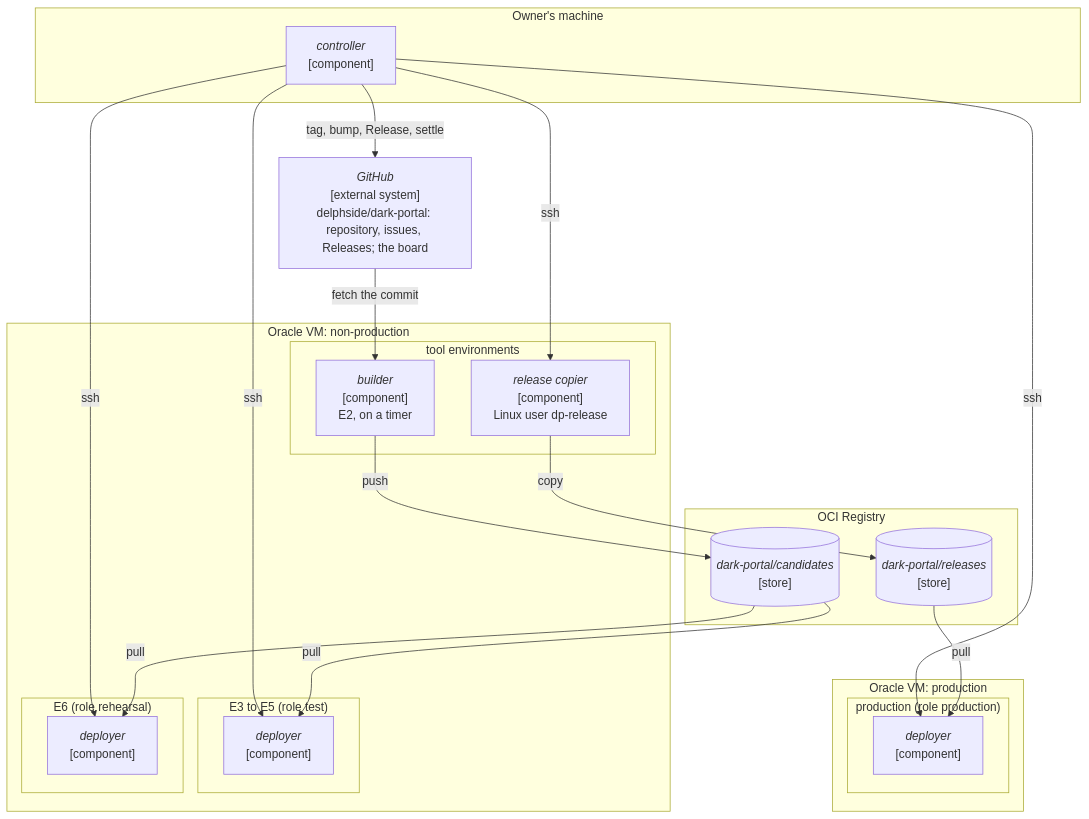
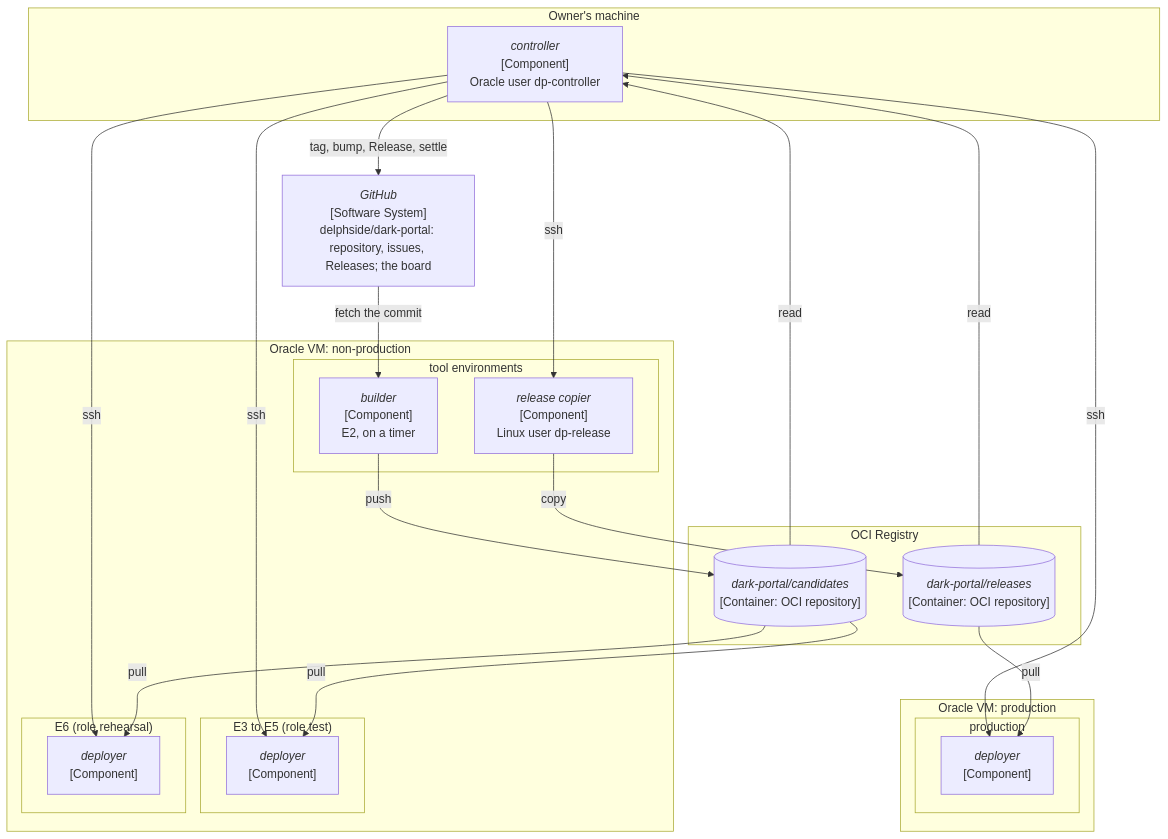
The fourth of 5 diagrams in records/2.5-changes/programme-tooling/117-generic-deliver-tool/design.md (delphside/programme), drawn with Mermaid before and after one commit. The commit also changed other lines of this file and 12 other files, not shown here.

````diff
--- a/records/2.5-changes/programme-tooling/117-generic-deliver-tool/design.md
+++ b/records/2.5-changes/programme-tooling/117-generic-deliver-tool/design.md
@@ -181,39 +214,41 @@
 ```mermaid
 flowchart TB
   subgraph OWNER["Owner's machine"]
-    CTL["<i>controller</i><br>[component]"]
+    CTL["<i>controller</i><br>[Component]<br>Oracle user dp-controller"]
   end
   subgraph NONPROD["Oracle VM: non-production"]
     subgraph TOOLS["tool environments"]
-      BLD["<i>builder</i><br>[component]<br>E2, on a timer"]
-      COPY["<i>release copier</i><br>[component]<br>Linux user dp-release"]
+      BLD["<i>builder</i><br>[Component]<br>E2, on a timer"]
+      COPY["<i>release copier</i><br>[Component]<br>Linux user dp-release"]
     end
     subgraph TEST["E3 to E5 (role test)"]
-      DEPT["<i>deployer</i><br>[component]"]
+      DEPT["<i>deployer</i><br>[Component]"]
     end
     subgraph REH["E6 (role rehearsal)"]
-      DEPR["<i>deployer</i><br>[component]"]
+      DEPR["<i>deployer</i><br>[Component]"]
     end
   end
   subgraph PRODVM["Oracle VM: production"]
-    subgraph PROD["production (role production)"]
-      DEPX["<i>deployer</i><br>[component]"]
+    subgraph PROD["production"]
+      DEPX["<i>deployer</i><br>[Component]"]
     end
   end
   subgraph OCIR["OCI Registry"]
-    CAND[("<i>dark-portal/candidates</i><br>[store]")]
-    REL[("<i>dark-portal/releases</i><br>[store]")]
+    CAND[("<i>dark-portal/candidates</i><br>[Container: OCI repository]")]
+    REL[("<i>dark-portal/releases</i><br>[Container: OCI repository]")]
   end
-  GH["<i>GitHub</i><br>[external system]<br>delphside/dark-portal: repository, issues, Releases; the board"]
+  GH["<i>GitHub</i><br>[Software System]<br>delphside/dark-portal: repository, issues, Releases; the board"]
   GH -->|"fetch the commit"| BLD
   CTL -->|"tag, bump, Release, settle"| GH
   BLD -->|push| CAND
+  CAND -->|read| CTL
+  REL -->|read| CTL
   CTL -->|ssh| COPY
   COPY -->|copy| REL
   CTL -->|ssh| DEPT
   CTL -->|ssh| DEPR
   CTL -->|ssh| DEPX
   CAND -->|pull| DEPT
   CAND -->|pull| DEPR
   REL -->|pull| DEPX
 ```
````
